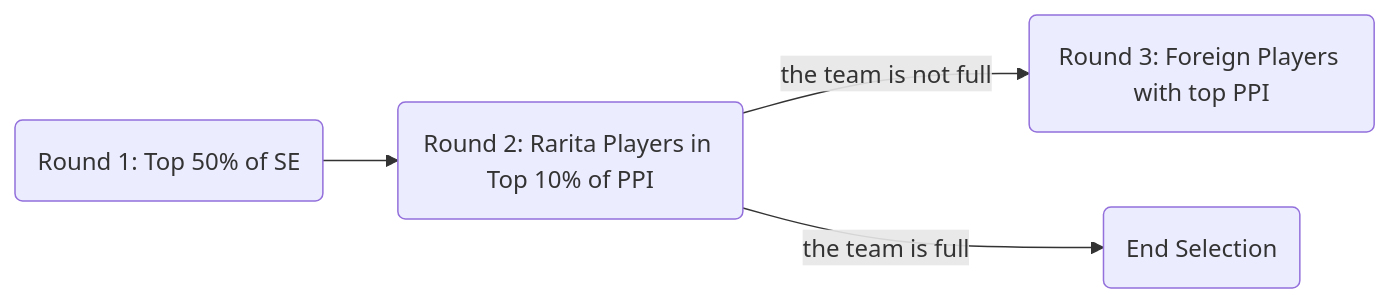
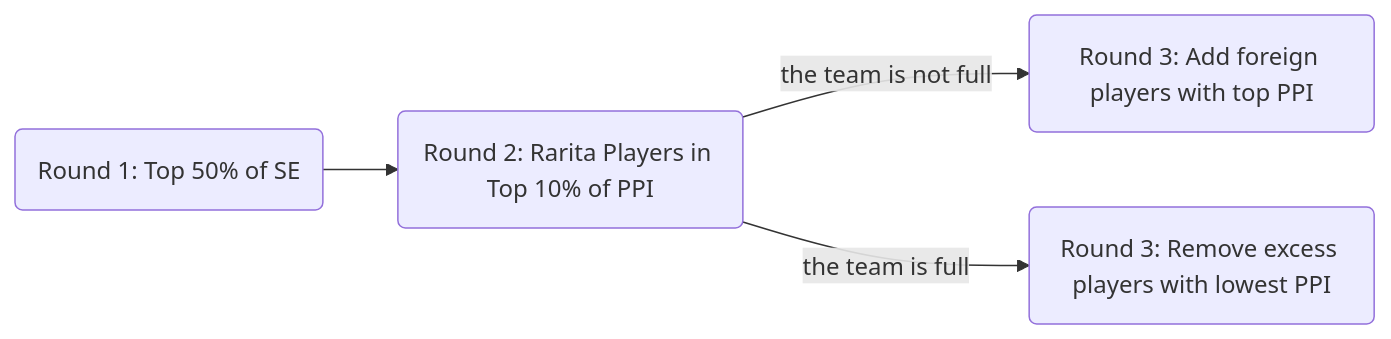
One commit to ACTL5100-T1-2022/SOA-Challenge-Rarita-FSA-League-Project-Showcase changed the diagram in README.md. Above: the diagram before and after it, drawn with Mermaid. The commit also changed other lines of this file, not shown here.

````diff
--- a/README.md
+++ b/README.md
@@ -52,5 +51,5 @@
 ```mermaid
 flowchart LR;
-    A(Round 1: Top 50% of SE)-->B(Round 2: Rarita Players in Top 10% of PPI)--the team is not full-->C(Round 3: Foreign Players with top PPI)
-    B--the team is full-->D(End Selection)
+    A(Round 1: Top 50% of SE)-->B(Round 2: Rarita Players in Top 10% of PPI)--the team is not full-->C(Round 3: Add foreign players with top PPI)
+    B--the team is full-->D(Round 3: Remove excess players with lowest PPI)
 ```
````
